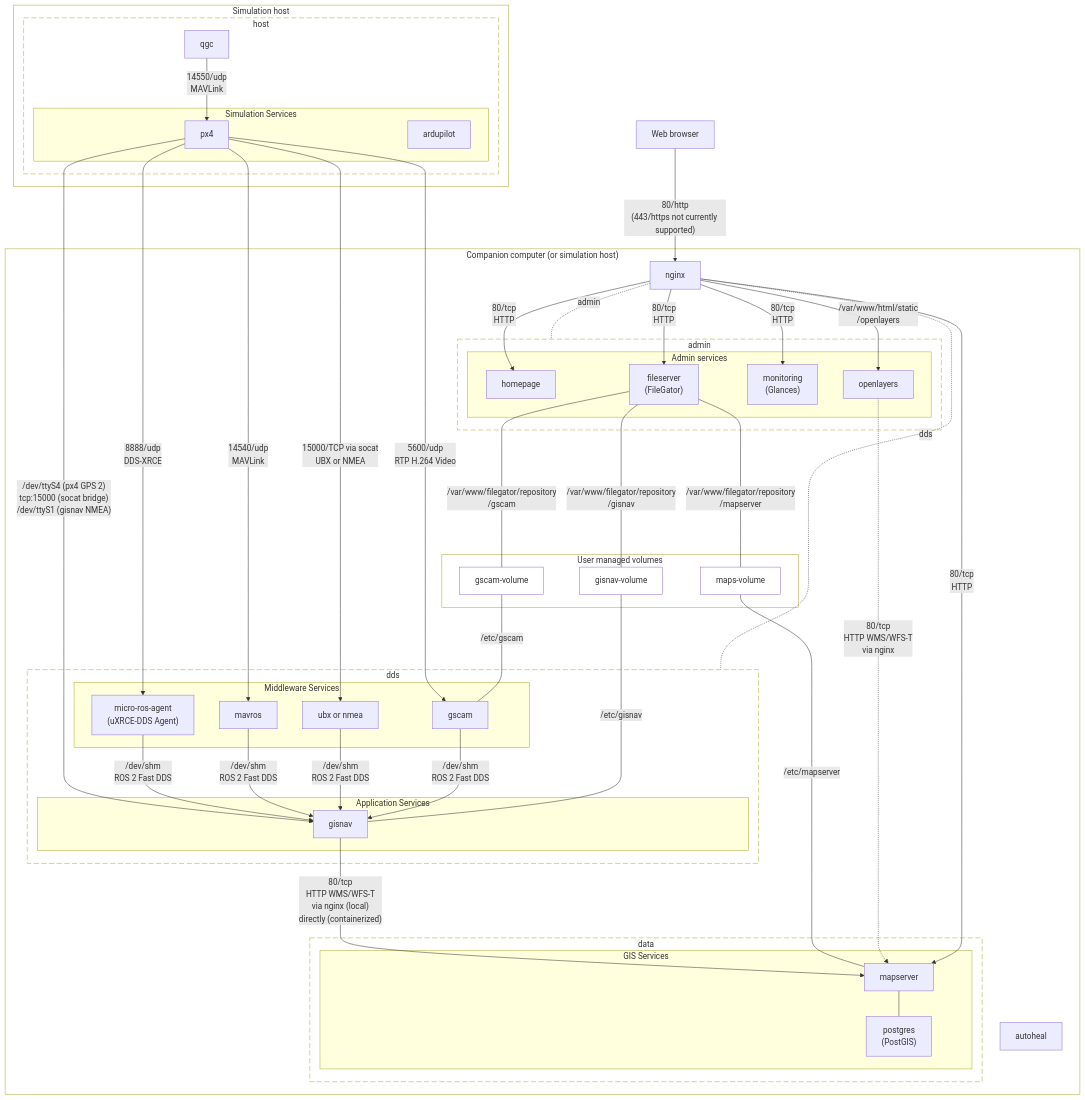
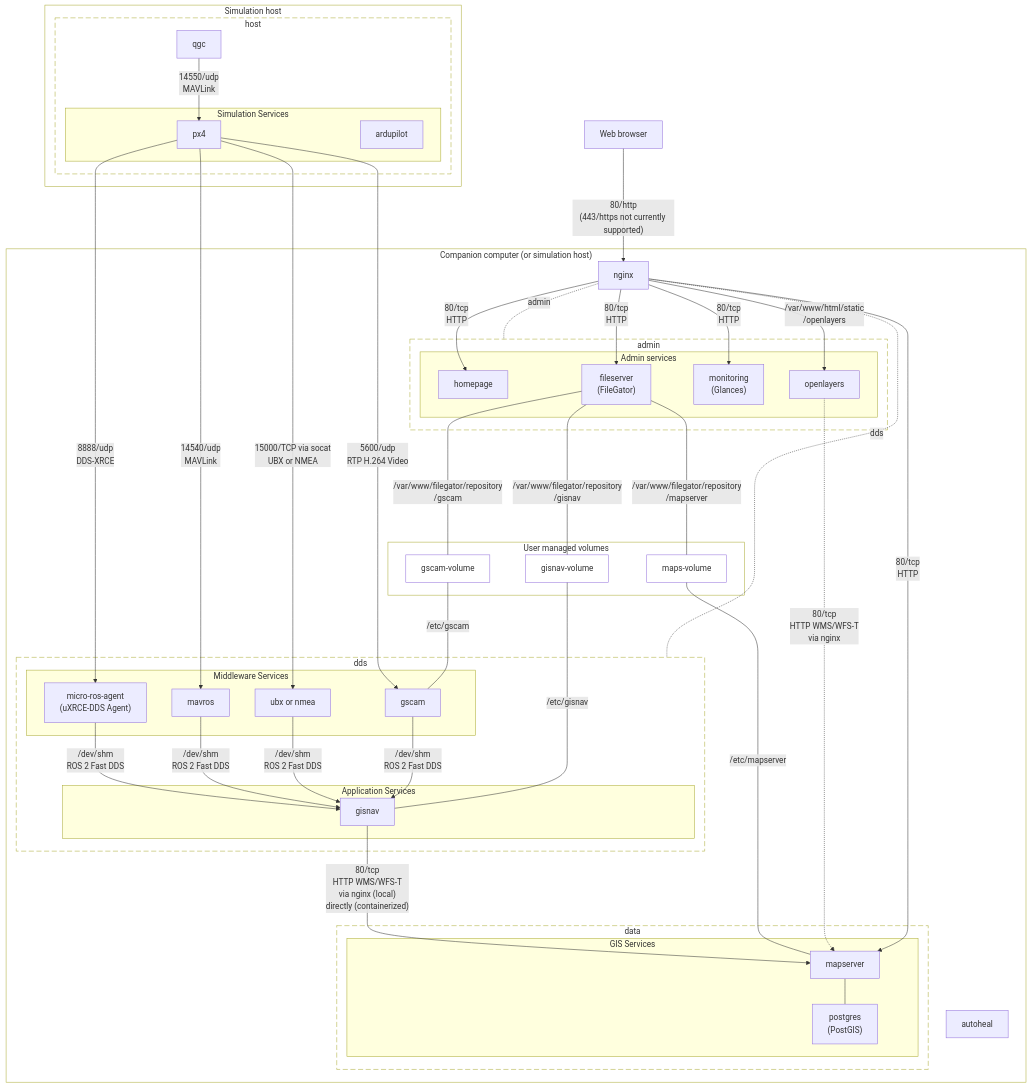
Before and after one commit to hmakelin/gisnav: the third of 3 diagrams in docs/vitepress/docs/system-architecture.md, drawn with Mermaid. The commit also changed other lines of this file and 4 other files, not shown here.

```diff
--- a/docs/vitepress/docs/system-architecture.md
+++ b/docs/vitepress/docs/system-architecture.md
@@ -166,7 +168,6 @@
             end
         end
     end
-    simulation_px4 ----->|"/dev/ttyS4 (px4 GPS 2)\ntcp:15000 (socat bridge)\n/dev/ttyS1 (gisnav NMEA)"| application_gisnav
 
     browser["Web browser"] -->|"80/http\n(443/https not currently supported)"| nginx
 
```
